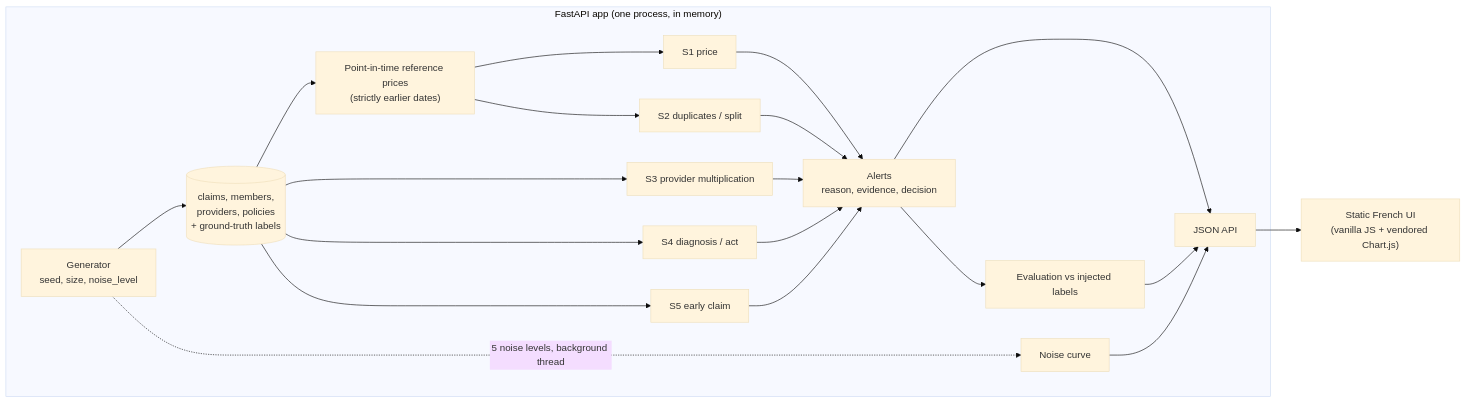
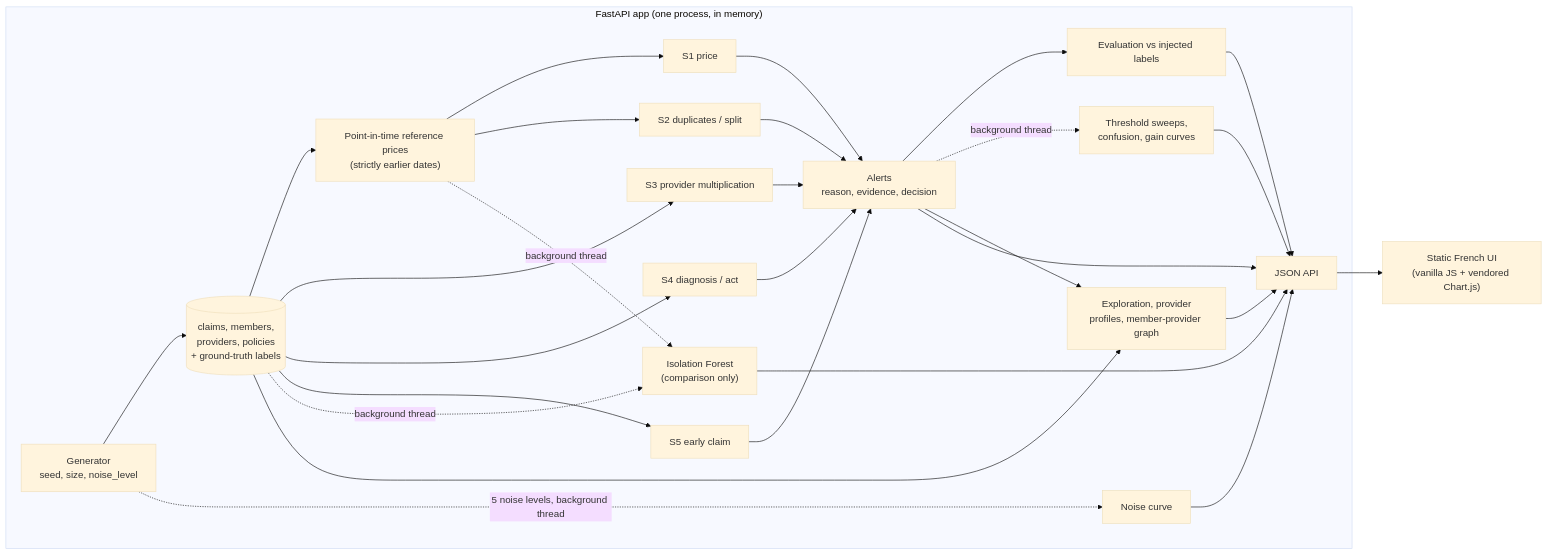
Before and after one commit to SAAHMATHWORKS/mutuelle-exemple-fraude: the diagram in README.md, drawn with Mermaid (base theme). The commit also changed other lines of this file and 13 other files, not shown here.

First line of the commit message:
Add provider analysis, member-provider graph and Isolation Forest comparison

````diff
--- a/README.md
+++ b/README.md
@@ -49,17 +49,20 @@
 ```mermaid
 flowchart LR
   subgraph Server["FastAPI app (one process, in memory)"]
     G["Generator<br/>seed, size, noise_level"] --> C[("claims, members,<br/>providers, policies<br/>+ ground-truth labels")]
     C --> R["Point-in-time reference prices<br/>(strictly earlier dates)"]
     R --> D1["S1 price"]
     R --> D2["S2 duplicates / split"]
     C --> D3["S3 provider multiplication"]
     C --> D4["S4 diagnosis / act"]
     C --> D5["S5 early claim"]
     D1 & D2 & D3 & D4 & D5 --> A["Alerts<br/>reason, evidence, decision"]
     A --> E["Evaluation vs injected labels"]
     G -. "5 noise levels, background thread" .-> N["Noise curve"]
-    A & E & N --> API["JSON API"]
+    A -. "background thread" .-> T["Threshold sweeps,<br/>confusion, gain curves"]
+    C & R -. "background thread" .-> M["Isolation Forest<br/>(comparison only)"]
+    C & A --> X["Exploration, provider<br/>profiles, member-provider graph"]
+    A & E & N & T & M & X --> API["JSON API"]
   end
   API --> UI["Static French UI<br/>(vanilla JS + vendored Chart.js)"]
 ```
````
